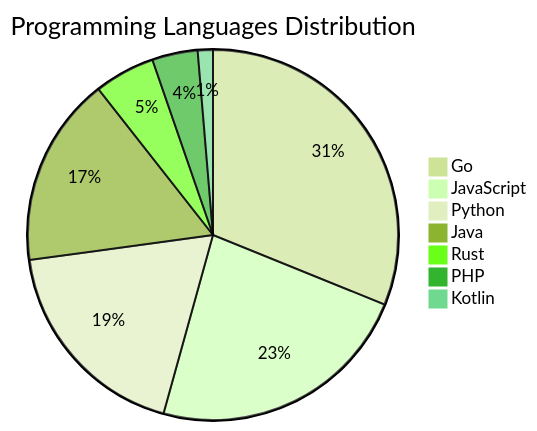
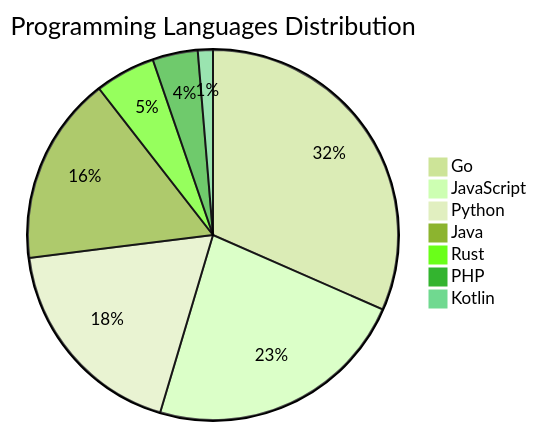
Before and after one commit to Derrick-MUGISHA/github-activity-bot: the diagram in README.md, drawn with Mermaid (forest theme). The commit also changed other lines of this file and 4 other files, not shown here.

````diff
--- a/README.md
+++ b/README.md
@@ -207,10 +207,10 @@
 ```mermaid
 pie title Programming Languages Distribution
-    "Go" : 47
+    "Go" : 48
     "JavaScript" : 35
     "Python" : 28
     "Java" : 25
     "Rust" : 8
     "PHP" : 6
     "Kotlin" : 2
 ```
````
